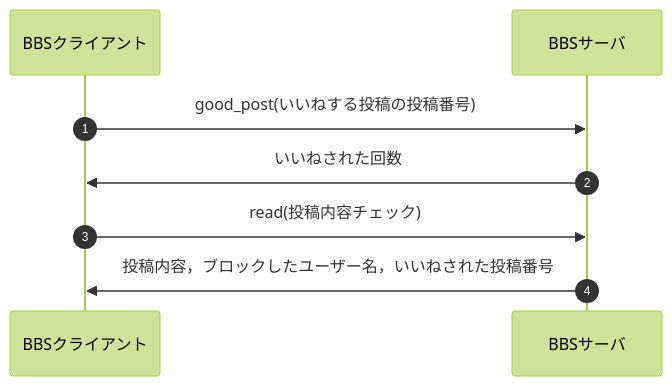
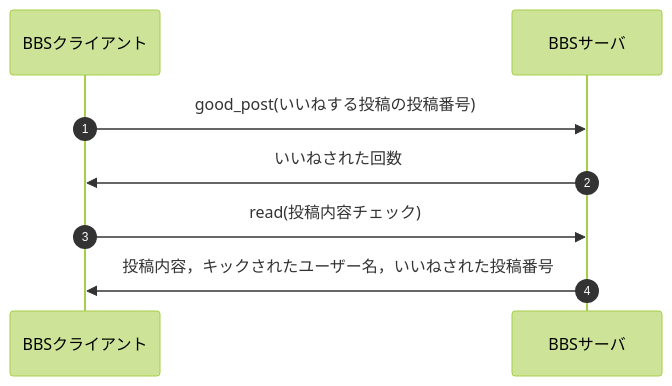
The fourth of 8 diagrams in sequence.md (Azbyisverystrong/webpro_06), drawn with Mermaid (forest theme) before and after one commit. The commit also changed other lines of this file and 11 other files, not shown here.

````diff
--- a/sequence.md
+++ b/sequence.md
@@ -34,8 +34,8 @@
 ```mermaid
 sequenceDiagram
   autonumber
   BBSクライアント->>BBSサーバ:good_post(いいねする投稿の投稿番号)
   BBSサーバ->>BBSクライアント:いいねされた回数
   BBSクライアント->>BBSサーバ:read(投稿内容チェック)
-  BBSサーバ->>BBSクライアント:投稿内容，ブロックしたユーザー名，いいねされた投稿番号
+  BBSサーバ->>BBSクライアント:投稿内容，キックされたユーザー名，いいねされた投稿番号
 ```
````
